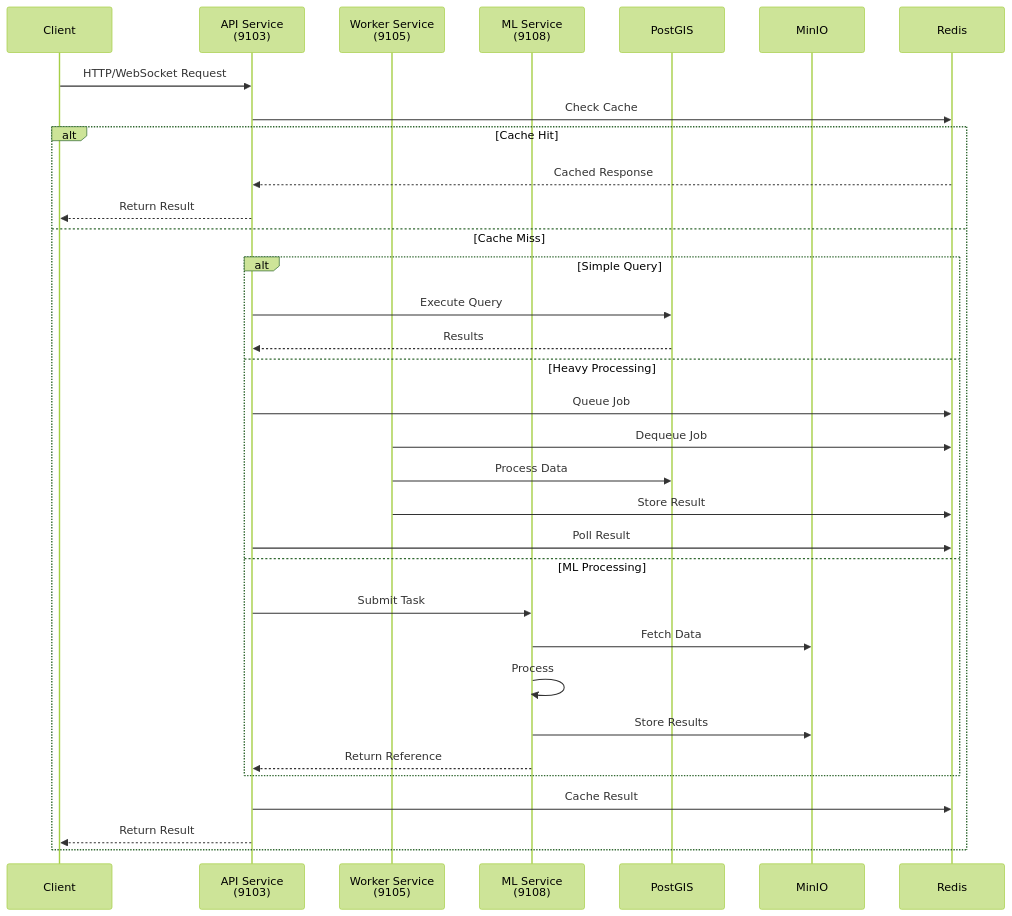
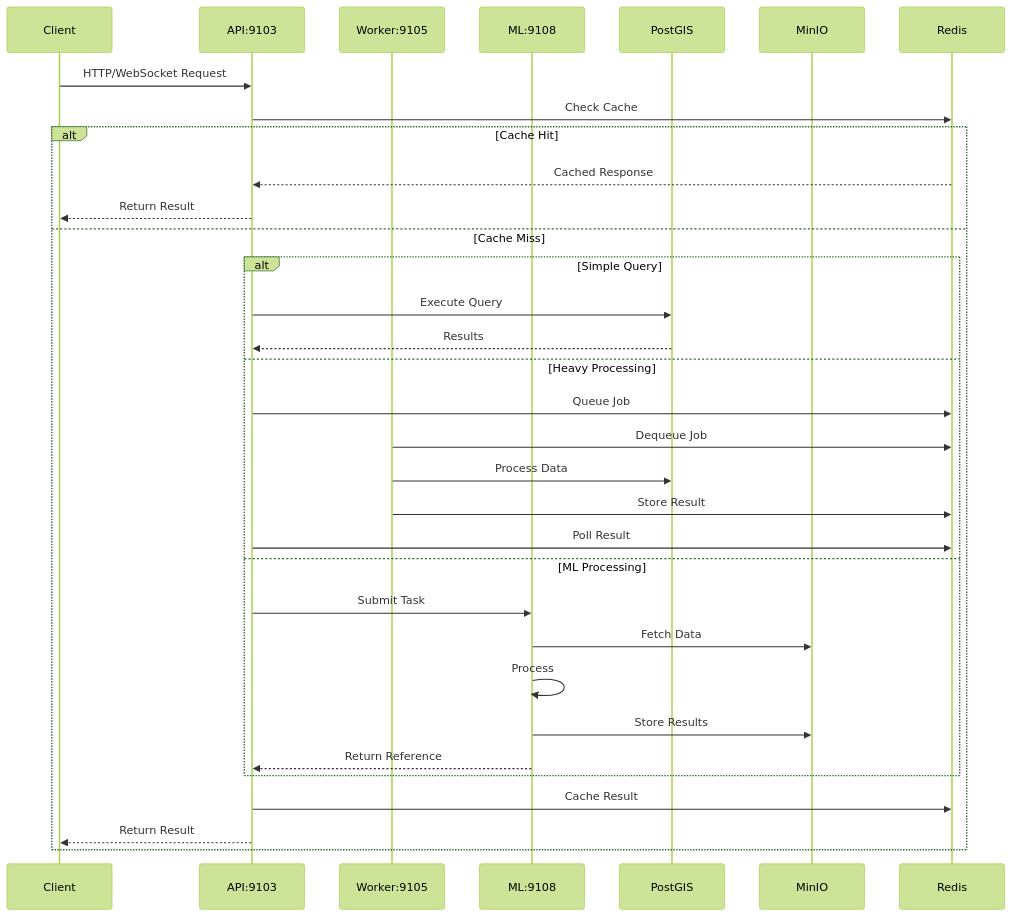
One commit to adverant/Adverant-Nexus-Plugin-GeoAgent changed the fourth of 9 diagrams in ARCHITECTURE.md. Above: the diagram before and after it, drawn with Mermaid (forest theme). The commit also changed other lines of this file, not shown here.

First line of the commit message:
docs: fix Mermaid diagram rendering for marketplace

````diff
--- a/ARCHITECTURE.md
+++ b/ARCHITECTURE.md
@@ -195,37 +195,37 @@
 ```mermaid
 sequenceDiagram
     participant Client
-    participant API as API Service<br/>(9103)
-    participant Worker as Worker Service<br/>(9105)
-    participant ML as ML Service<br/>(9108)
+    participant API as API:9103
+    participant Worker as Worker:9105
+    participant ML as ML:9108
     participant PostGIS
     participant MinIO
     participant Redis
 
     Client->>API: HTTP/WebSocket Request
     API->>Redis: Check Cache
 
     alt Cache Hit
         Redis-->>API: Cached Response
         API-->>Client: Return Result
     else Cache Miss
         alt Simple Query
             API->>PostGIS: Execute Query
             PostGIS-->>API: Results
         else Heavy Processing
             API->>Redis: Queue Job
             Worker->>Redis: Dequeue Job
             Worker->>PostGIS: Process Data
             Worker->>Redis: Store Result
             API->>Redis: Poll Result
         else ML Processing
             API->>ML: Submit Task
             ML->>MinIO: Fetch Data
             ML->>ML: Process
             ML->>MinIO: Store Results
             ML-->>API: Return Reference
         end
         API->>Redis: Cache Result
         API-->>Client: Return Result
     end
 ```
````
